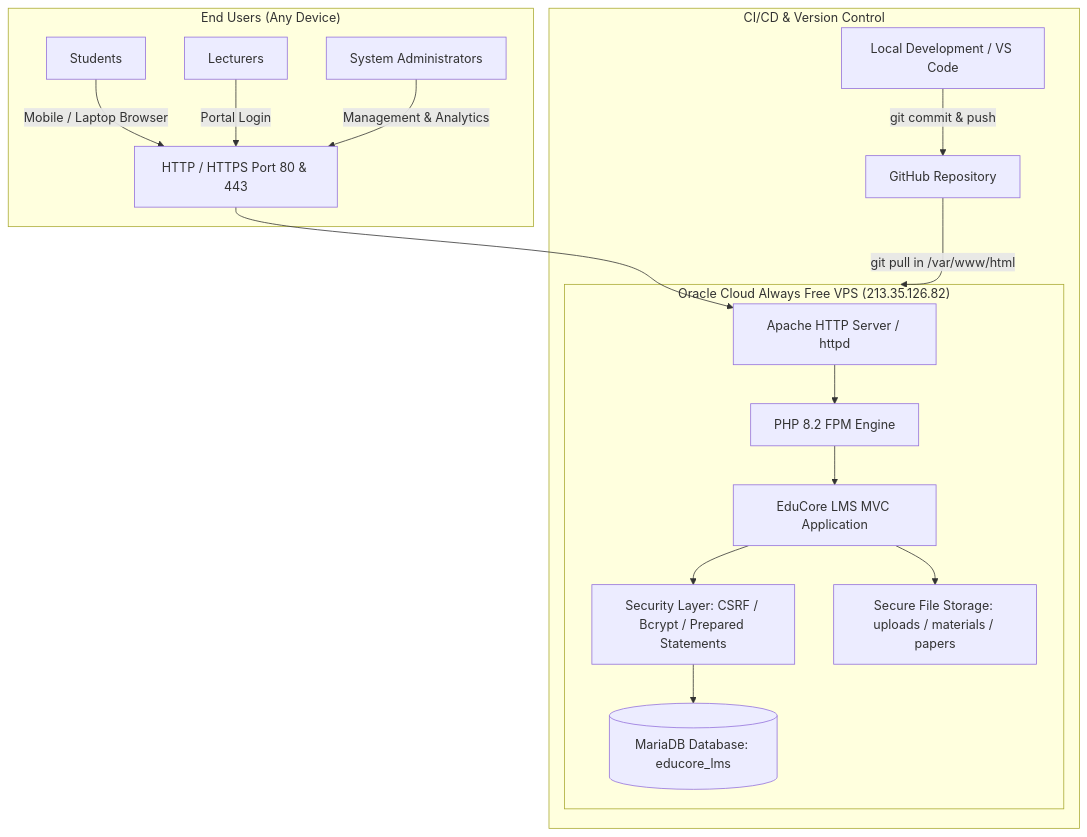
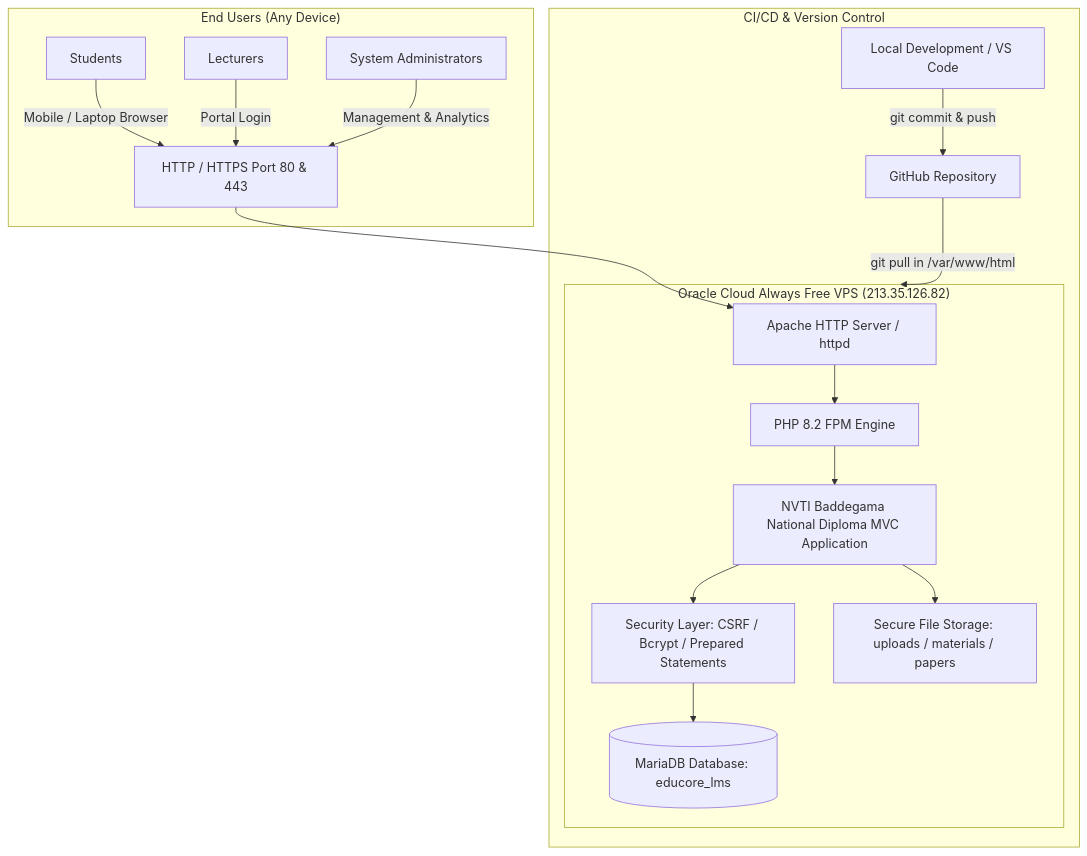
One commit to janithjanithdamsara-coder/nvti-baddegama changed the diagram in README.md. Above: the diagram before and after it, drawn with Mermaid. The commit also changed other lines of this file and 21 other files, not shown here.

Commit message:
Rebrand to NVTI Baddegama National Diploma and add Google Classroom style student email notifications

````diff
--- a/README.md
+++ b/README.md
@@ -31,22 +31,22 @@
 ```mermaid
 flowchart TD
     subgraph Client["End Users (Any Device)"]
         A1[Students] -->|Mobile / Laptop Browser| WAF[HTTP / HTTPS Port 80 & 443]
         A2[Lecturers] -->|Portal Login| WAF
         A3[System Administrators] -->|Management & Analytics| WAF
     end
 
     subgraph Cloud["Oracle Cloud Always Free VPS (213.35.126.82)"]
         WAF --> APACHE[Apache HTTP Server / httpd]
         APACHE --> PHP[PHP 8.2 FPM Engine]
-        PHP --> CORE[EduCore LMS MVC Application]
+        PHP --> CORE[NVTI Baddegama National Diploma MVC Application]
         CORE --> SEC[Security Layer: CSRF / Bcrypt / Prepared Statements]
         SEC --> DB[(MariaDB Database: educore_lms)]
         CORE --> STORAGE[Secure File Storage: uploads / materials / papers]
     end
 
     subgraph DevOps["CI/CD & Version Control"]
         DEV[Local Development / VS Code] -->|git commit & push| GITHUB[GitHub Repository]
         GITHUB -->|git pull in /var/www/html| Cloud
     end
 ```
````
